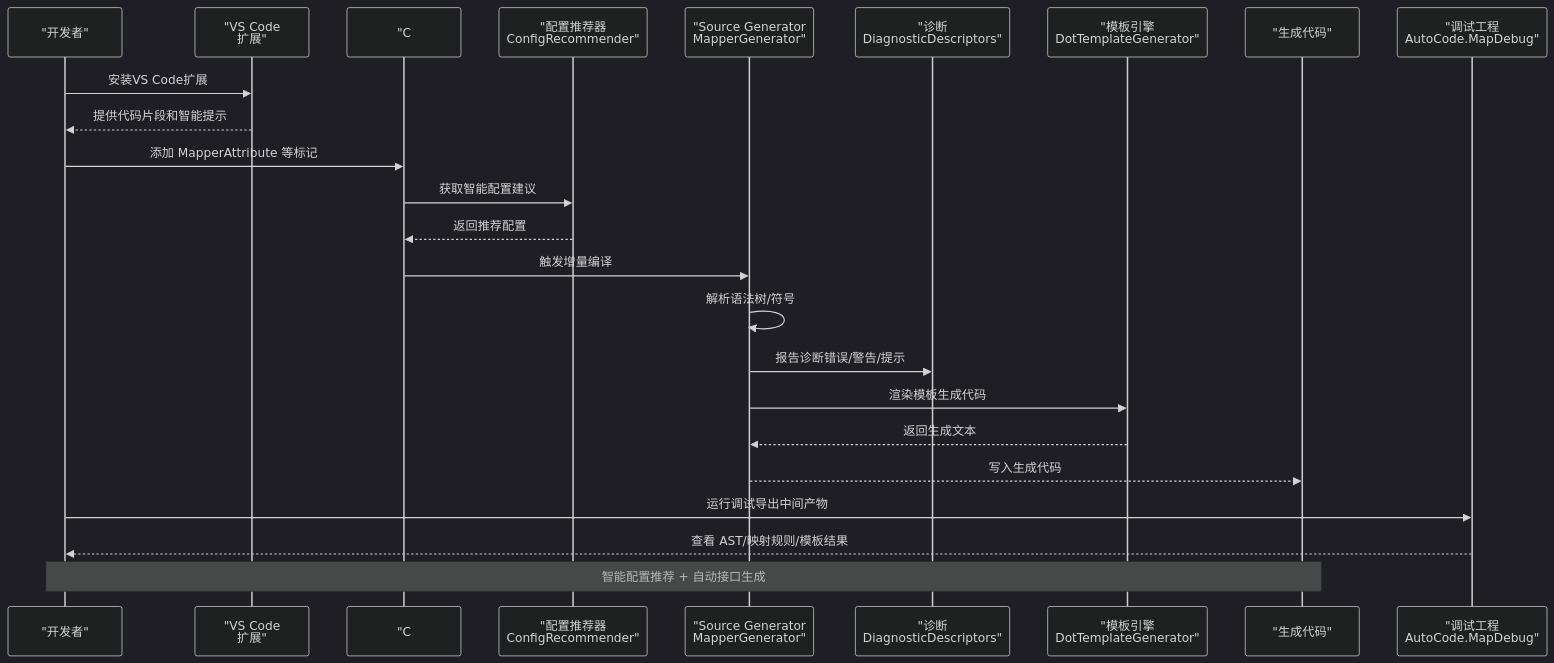
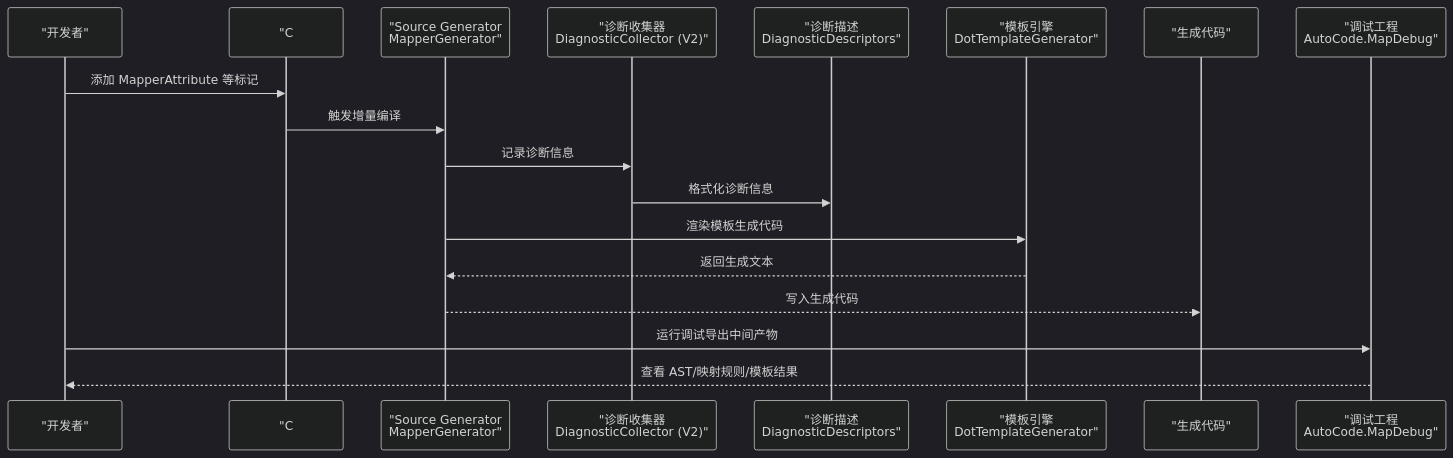
The second of 4 diagrams in .qoder/repowiki/zh/content/调试与诊断/调试与诊断.md (alivy/AutoCode), drawn with Mermaid (dark theme) before and after one commit. The commit also changed other lines of this file and 279 other files, not shown here.

````diff
--- a/.qoder/repowiki/zh/content/调试与诊断/调试与诊断.md
+++ b/.qoder/repowiki/zh/content/调试与诊断/调试与诊断.md
@@ -175,26 +135,20 @@
 ```mermaid
 sequenceDiagram
 participant Dev as "开发者"
-participant VSCode as "VS Code<br/>扩展"
 participant CSProj as "C# 项目"
-participant ConfigRec as "配置推荐器<br/>ConfigRecommender"
 participant SG as "Source Generator<br/>MapperGenerator"
-participant Diag as "诊断<br/>DiagnosticDescriptors"
+participant DC as "诊断收集器<br/>DiagnosticCollector (V2)"
+participant Diag as "诊断描述<br/>DiagnosticDescriptors"
 participant Tpl as "模板引擎<br/>DotTemplateGenerator"
 participant Out as "生成代码"
 participant Debug as "调试工程<br/>AutoCode.MapDebug"
-Dev->>VSCode : 安装VS Code扩展
-VSCode-->>Dev : 提供代码片段和智能提示
 Dev->>CSProj : 添加 MapperAttribute 等标记
-CSProj->>ConfigRec : 获取智能配置建议
-ConfigRec-->>CSProj : 返回推荐配置
 CSProj->>SG : 触发增量编译
-SG->>SG : 解析语法树/符号
-SG->>Diag : 报告诊断错误/警告/提示
+SG->>DC : 记录诊断信息
+DC->>Diag : 格式化诊断信息
 SG->>Tpl : 渲染模板生成代码
 Tpl-->>SG : 返回生成文本
 SG-->>Out : 写入生成代码
 Dev->>Debug : 运行调试导出中间产物
 Debug-->>Dev : 查看 AST/映射规则/模板结果
-Note over Dev,Out : 智能配置推荐 + 自动接口生成
 ```
````
